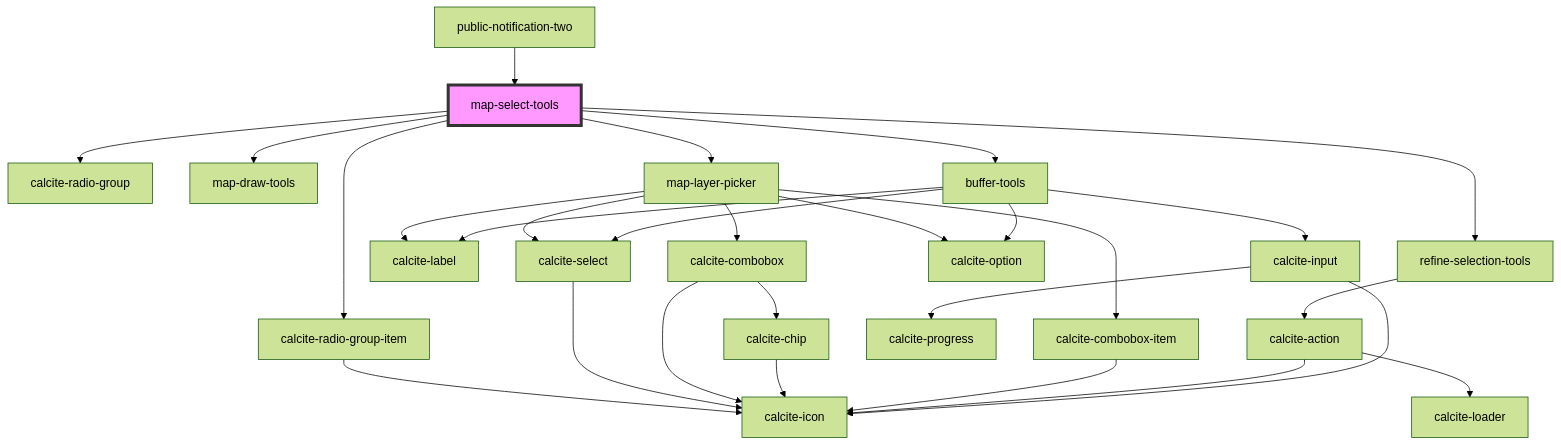
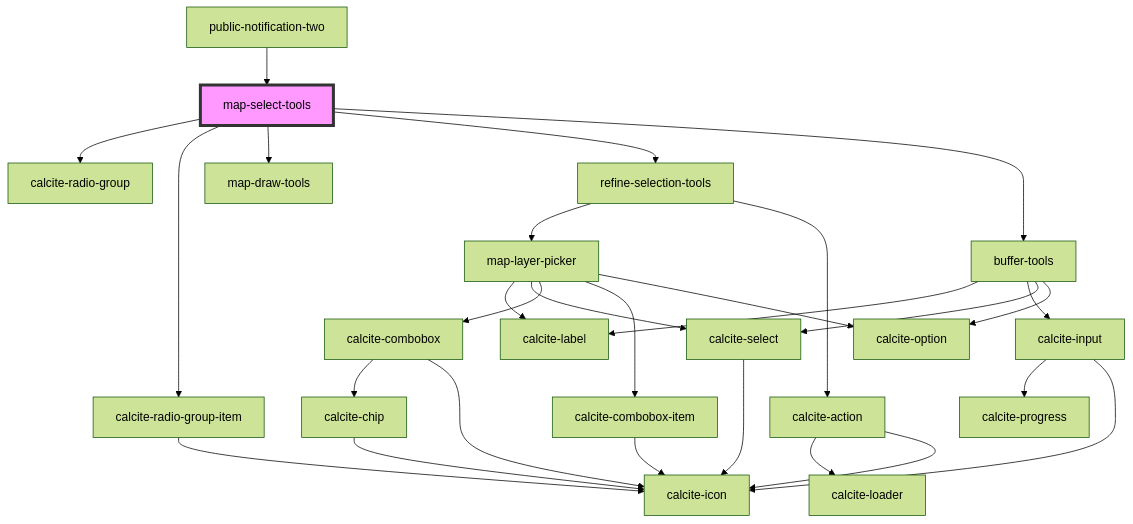
Before and after one commit to Esri/solutions-components: the diagram in src/components/map-select-tools/readme.md, drawn with Mermaid (forest theme). The commit also changed other lines of this file and 10 other files, not shown here.

````diff
--- a/src/components/map-select-tools/readme.md
+++ b/src/components/map-select-tools/readme.md
@@ -99,31 +98,31 @@
 ```mermaid
 graph TD;
   map-select-tools --> calcite-radio-group
   map-select-tools --> calcite-radio-group-item
   map-select-tools --> map-draw-tools
-  map-select-tools --> map-layer-picker
   map-select-tools --> refine-selection-tools
   map-select-tools --> buffer-tools
   calcite-radio-group-item --> calcite-icon
+  refine-selection-tools --> map-layer-picker
+  refine-selection-tools --> calcite-action
   map-layer-picker --> calcite-label
   map-layer-picker --> calcite-select
   map-layer-picker --> calcite-combobox
   map-layer-picker --> calcite-combobox-item
   map-layer-picker --> calcite-option
   calcite-select --> calcite-icon
   calcite-combobox --> calcite-chip
   calcite-combobox --> calcite-icon
   calcite-chip --> calcite-icon
   calcite-combobox-item --> calcite-icon
-  refine-selection-tools --> calcite-action
   calcite-action --> calcite-loader
   calcite-action --> calcite-icon
   buffer-tools --> calcite-label
   buffer-tools --> calcite-input
   buffer-tools --> calcite-select
   buffer-tools --> calcite-option
   calcite-input --> calcite-progress
   calcite-input --> calcite-icon
   public-notification-two --> map-select-tools
   style map-select-tools fill:#f9f,stroke:#333,stroke-width:4px
 ```
````
